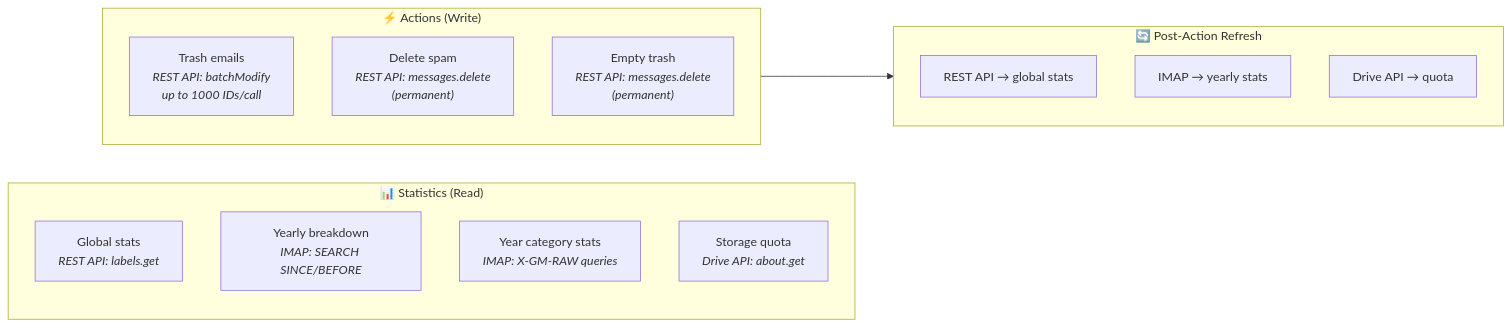
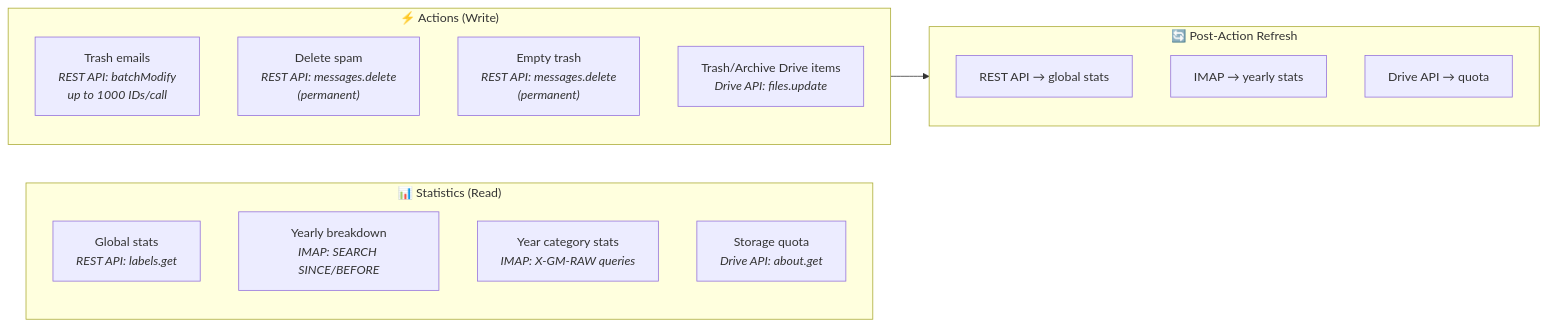
Before and after one commit to mazsola2k/gmail-manager: the second of 3 diagrams in README.md, drawn with Mermaid. The commit also changed other lines of this file and 1 other file, not shown here.

````diff
--- a/README.md
+++ b/README.md
@@ -244,26 +263,27 @@
 ```mermaid
 flowchart LR
     subgraph stats["📊 Statistics (Read)"]
         direction TB
         S1["Global stats<br/><i>REST API: labels.get</i>"]
         S2["Yearly breakdown<br/><i>IMAP: SEARCH SINCE/BEFORE</i>"]
         S3["Year category stats<br/><i>IMAP: X-GM-RAW queries</i>"]
         S4["Storage quota<br/><i>Drive API: about.get</i>"]
     end
 
     subgraph actions["⚡ Actions (Write)"]
         direction TB
         A1["Trash emails<br/><i>REST API: batchModify<br/>up to 1000 IDs/call</i>"]
         A2["Delete spam<br/><i>REST API: messages.delete<br/>(permanent)</i>"]
         A3["Empty trash<br/><i>REST API: messages.delete<br/>(permanent)</i>"]
+        A4["Trash/Archive Drive items<br/><i>Drive API: files.update</i>"]
     end
 
     subgraph refresh["🔄 Post-Action Refresh"]
         direction TB
         R1[REST API → global stats]
         R2[IMAP → yearly stats]
         R3[Drive API → quota]
     end
 
     actions --> refresh
 ```
````
